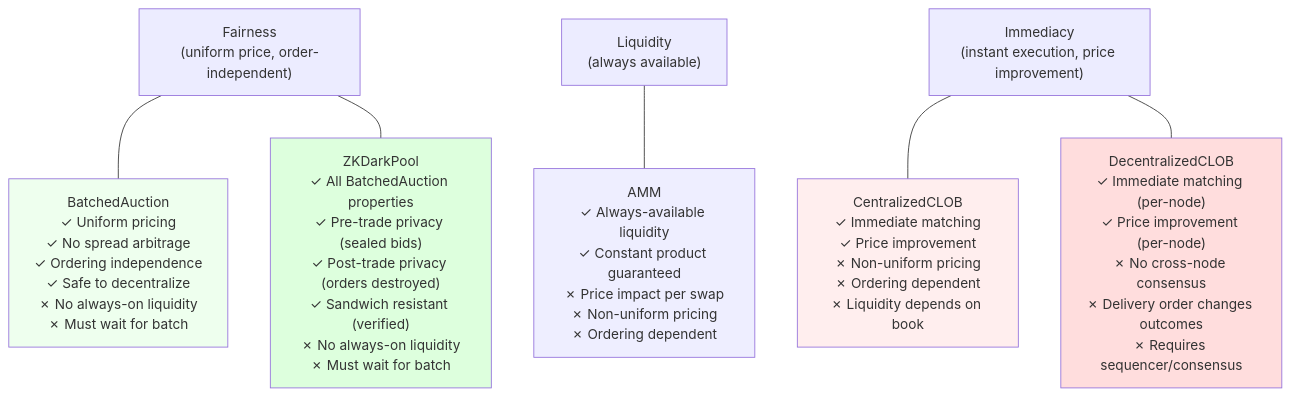
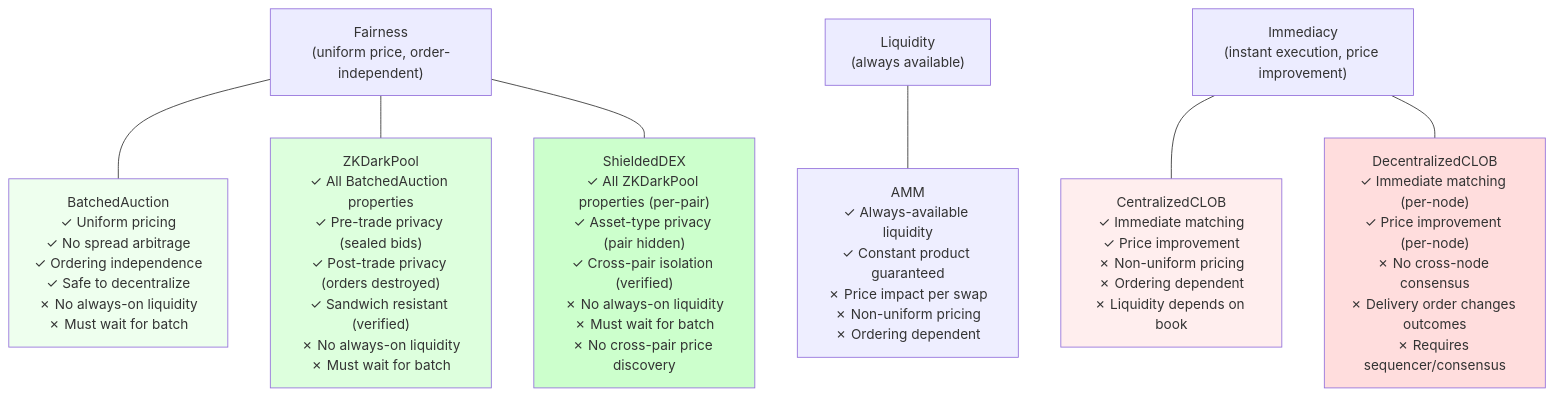
One commit to oxarbitrage/formal-market-mechanisms changed diagram 14 of 14 in README.md. Above: the diagram before and after it, drawn with Mermaid. The commit also changed other lines of this file and 2 other files, not shown here.

First line of the commit message:
add ShieldedDEX: novel multi-asset shielded exchange with pair-hiding

````diff
--- a/README.md
+++ b/README.md
@@ -652,18 +796,20 @@
 ```mermaid
 graph TD
     F["Fairness<br/>(uniform price, order-independent)"]
     L["Liquidity<br/>(always available)"]
     I["Immediacy<br/>(instant execution, price improvement)"]
 
     F --- BA["BatchedAuction<br/>✓ Uniform pricing<br/>✓ No spread arbitrage<br/>✓ Ordering independence<br/>✓ Safe to decentralize<br/>✗ No always-on liquidity<br/>✗ Must wait for batch"]
     F --- ZKD["ZKDarkPool<br/>✓ All BatchedAuction properties<br/>✓ Pre-trade privacy (sealed bids)<br/>✓ Post-trade privacy (orders destroyed)<br/>✓ Sandwich resistant (verified)<br/>✗ No always-on liquidity<br/>✗ Must wait for batch"]
+    F --- SDE["ShieldedDEX<br/>✓ All ZKDarkPool properties (per-pair)<br/>✓ Asset-type privacy (pair hidden)<br/>✓ Cross-pair isolation (verified)<br/>✗ No always-on liquidity<br/>✗ Must wait for batch<br/>✗ No cross-pair price discovery"]
     L --- AMM_N["AMM<br/>✓ Always-available liquidity<br/>✓ Constant product guaranteed<br/>✗ Price impact per swap<br/>✗ Non-uniform pricing<br/>✗ Ordering dependent"]
     I --- CLOB_N["CentralizedCLOB<br/>✓ Immediate matching<br/>✓ Price improvement<br/>✗ Non-uniform pricing<br/>✗ Ordering dependent<br/>✗ Liquidity depends on book"]
     I --- DCLOB_N["DecentralizedCLOB<br/>✓ Immediate matching (per-node)<br/>✓ Price improvement (per-node)<br/>✗ No cross-node consensus<br/>✗ Delivery order changes outcomes<br/>✗ Requires sequencer/consensus"]
 
     style BA fill:#efe
     style AMM_N fill:#eef
     style CLOB_N fill:#fee
     style ZKD fill:#dfd
+    style SDE fill:#cfc
     style DCLOB_N fill:#fdd
 ```
````
